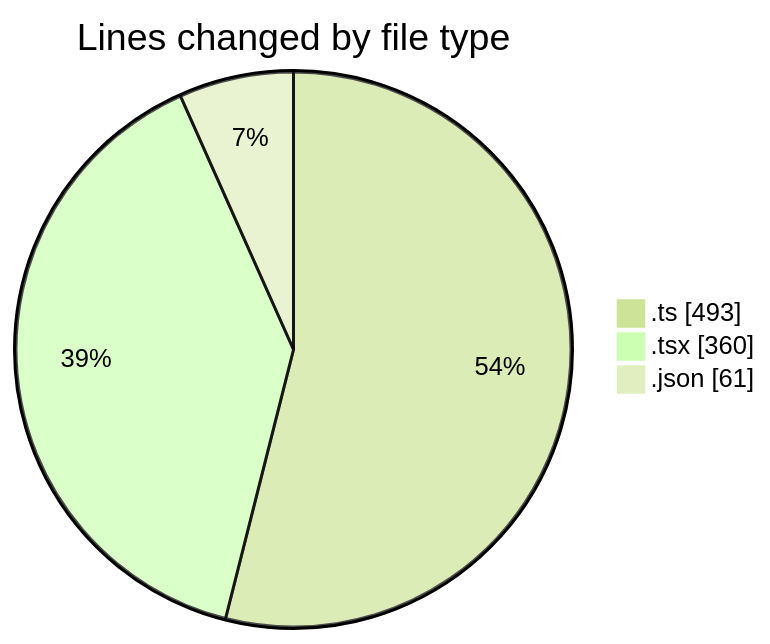
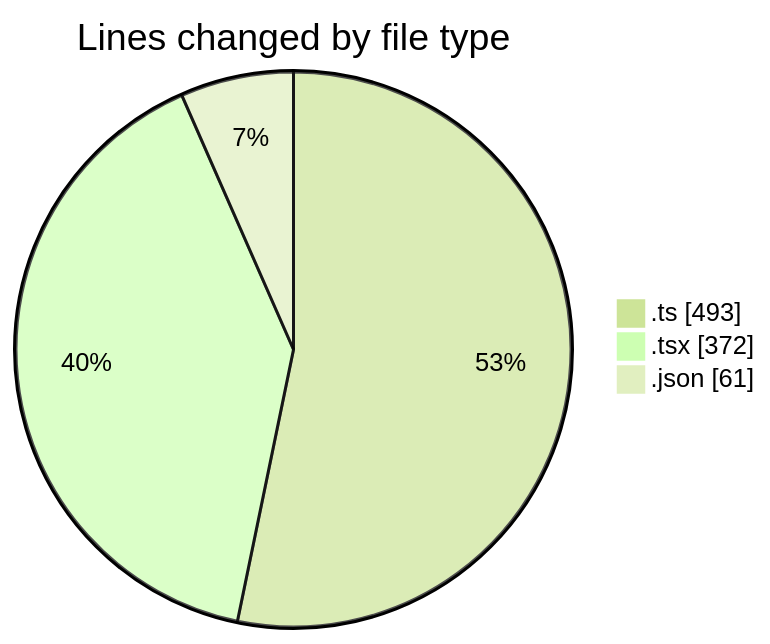
One commit to julien-gomy/code-tracking changed the first of 2 diagrams in 2025-11-24/eventscop-frontend-guide__workspace_/README.md. Above: the diagram before and after it, drawn with Mermaid (forest theme). The commit also changed other lines of this file and 1 other file, not shown here.

````diff
--- a/2025-11-24/eventscop-frontend-guide__workspace_/README.md
+++ b/2025-11-24/eventscop-frontend-guide__workspace_/README.md
@@ -33,7 +33,7 @@
 ```mermaid
 pie showData
 title Lines changed by file type
 ".ts" : 493
-".tsx" : 360
+".tsx" : 372
 ".json" : 61
 ```
````
